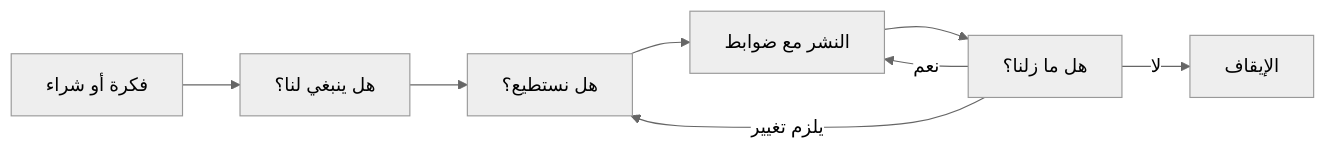
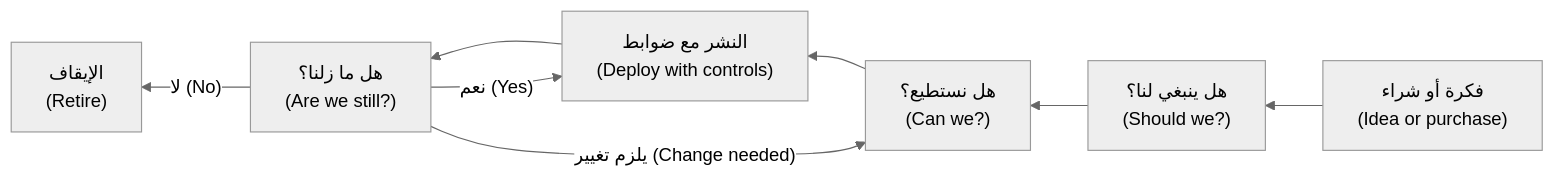
One commit to Tamoura/system-design-for-vibe-coders changed the first of 2 diagrams in aigp/modules/00-orientation.ar.md. Above: the diagram before and after it, drawn with Mermaid (neutral theme). The commit also changed other lines of this file and 62 other files, not shown here.

First line of the commit message:
Arabic editions: English on every diagram label, RTL fixes, rebuild

````diff
--- a/aigp/modules/00-orientation.ar.md
+++ b/aigp/modules/00-orientation.ar.md
@@ -56,10 +56,10 @@
 ```mermaid
-flowchart LR
-    A[فكرة أو شراء] --> B[هل ينبغي لنا؟]
-    B --> C[هل نستطيع؟]
-    C --> D[النشر مع ضوابط]
-    D --> E[هل ما زلنا؟]
-    E -->|نعم| D
-    E -->|يلزم تغيير| C
-    E -->|لا| F[الإيقاف]
+flowchart RL
+    A["فكرة أو شراء<br/>(Idea or purchase)"] --> B["هل ينبغي لنا؟<br/>(Should we?)"]
+    B --> C["هل نستطيع؟<br/>(Can we?)"]
+    C --> D["النشر مع ضوابط<br/>(Deploy with controls)"]
+    D --> E["هل ما زلنا؟<br/>(Are we still?)"]
+    E -->|"نعم (Yes)"| D
+    E -->|"يلزم تغيير (Change needed)"| C
+    E -->|"لا (No)"| F["الإيقاف<br/>(Retire)"]
 ```
````
